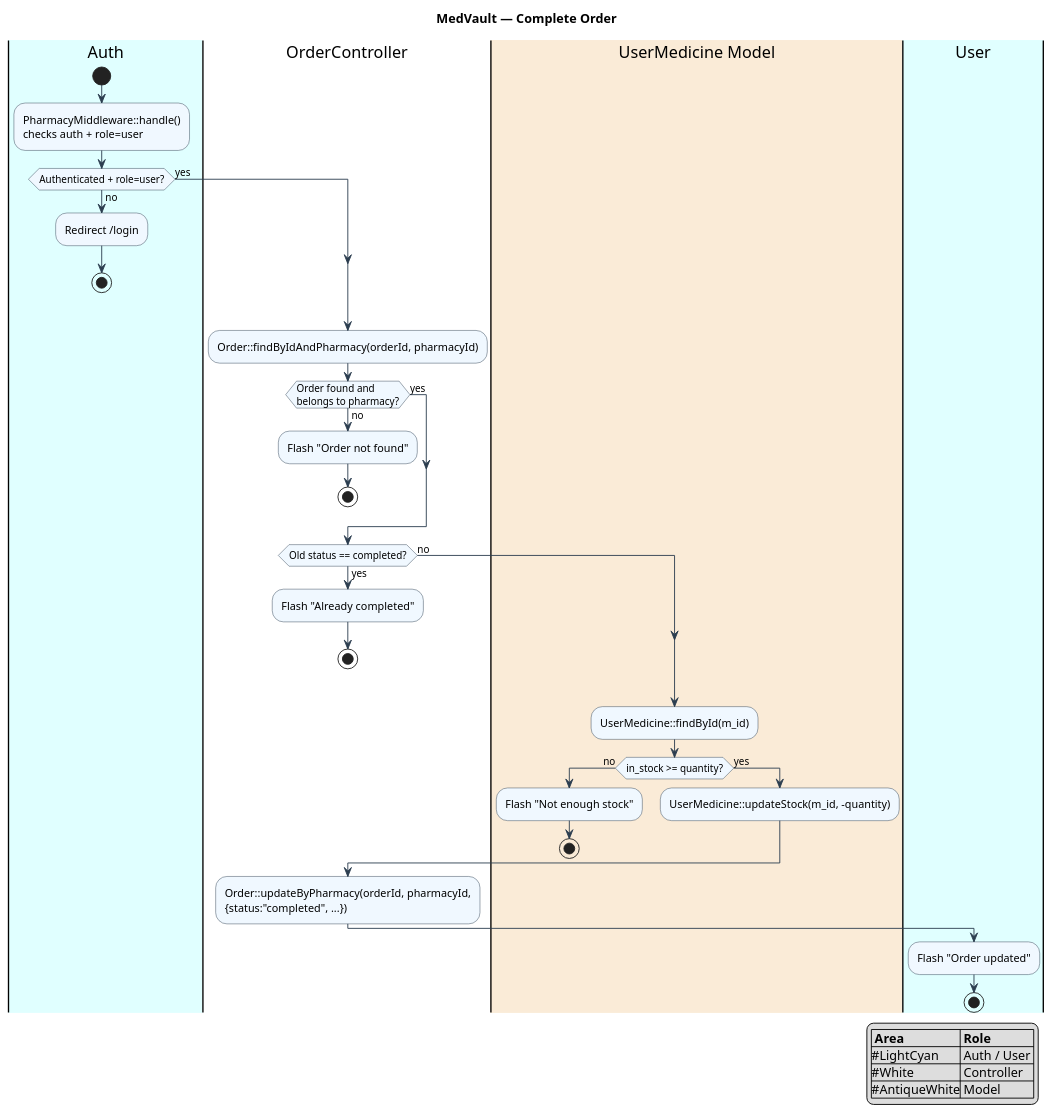
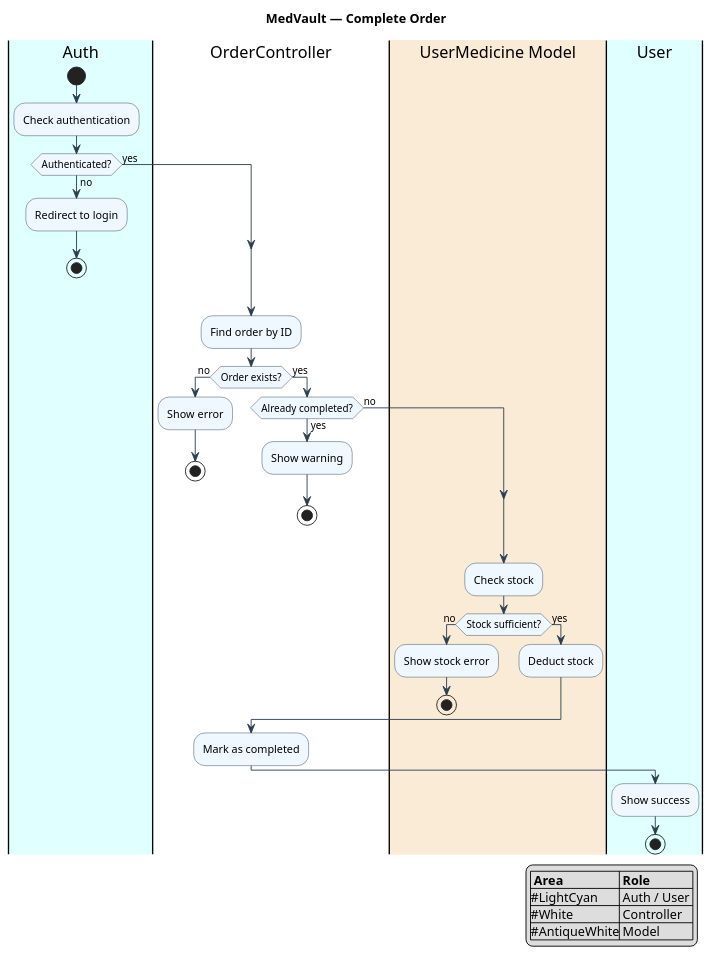
One commit to RibeshMaharjan/MedVault changed the fifth of 9 diagrams in docs/diagrams.md. Above: the diagram before and after it, drawn with PlantUML. The commit also changed other lines of this file, not shown here.

Commit message:
refactor(state-diagram): remove verification block, shorten labels, trim duplicate features

````diff
--- a/docs/diagrams.md
+++ b/docs/diagrams.md
@@ -539,62 +419,57 @@
 ```plantuml
 @startuml
 skinparam ActivityBackgroundColor #F0F8FF
 skinparam ActivityBorderColor #2C3E50
 skinparam ArrowColor #2C3E50
 skinparam ActivityDiamondBackgroundColor #F0F8FF
 skinparam ActivityDiamondBorderColor #2C3E50
 
 title MedVault — Complete Order
 
 |#LightCyan|Auth|
 start
-:PharmacyMiddleware::handle()
-checks auth + role=user;
-
-if (Authenticated + role=user?) then (no)
-  :Redirect /login;
+:Check authentication;
+if (Authenticated?) then (no)
+  :Redirect to login;
   stop
 else (yes)
 endif
 
 |#White|OrderController|
-:Order::findByIdAndPharmacy(orderId, pharmacyId);
-
-if (Order found and\nbelongs to pharmacy?) then (no)
-  :Flash "Order not found";
+:Find order by ID;
+if (Order exists?) then (no)
+  :Show error;
   stop
 else (yes)
-endif
-
-if (Old status == completed?) then (yes)
-  :Flash "Already completed";
+if (Already completed?) then (yes)
+  :Show warning;
   stop
 else (no)
 endif
+endif
 
 |#AntiqueWhite|UserMedicine Model|
-:UserMedicine::findById(m_id);
-
-if (in_stock >= quantity?) then (no)
-  :Flash "Not enough stock";
+:Check stock;
+if (Stock sufficient?) then (no)
+  :Show stock error;
   stop
 else (yes)
-  :UserMedicine::updateStock(m_id, -quantity);
+  :Deduct stock;
 endif
 
 |#White|OrderController|
-:Order::updateByPharmacy(orderId, pharmacyId,\n{status:"completed", ...});
+:Mark as completed;
 
 |#LightCyan|User|
-:Flash "Order updated";
+:Show success;
 
 stop
 
 legend right
   |= Area |= Role |
   |#LightCyan| Auth / User |
   |#White| Controller |
   |#AntiqueWhite| Model |
 endlegend
 @enduml
 ```
````
